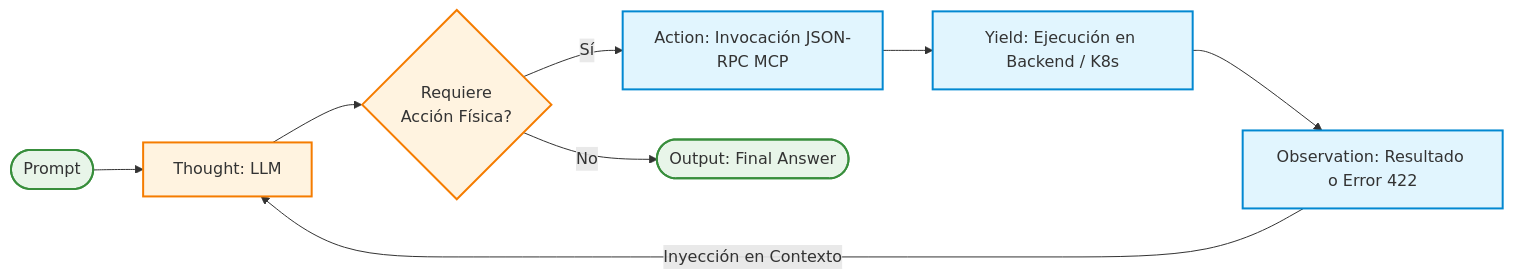
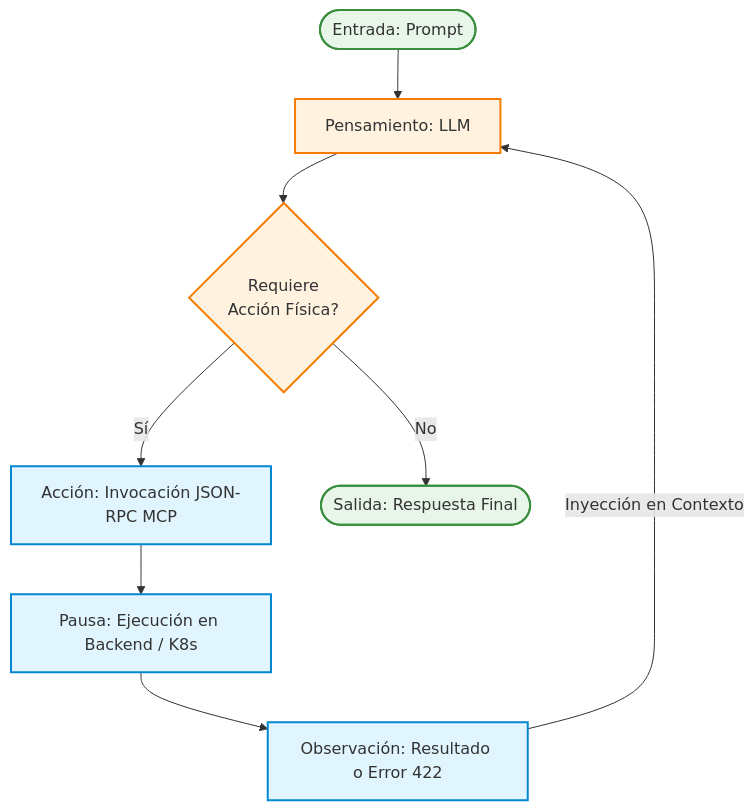
Before and after one commit to JesusSolisOrtega/agentic-deployer: the second of 2 diagrams in memoria/5_Agente_y_MCP.md, drawn with Mermaid. The commit also changed other lines of this file and 16 other files, not shown here.

Commit message:
docs: ajustes finales en diagramas y abstract

````diff
--- a/memoria/5_Agente_y_MCP.md
+++ b/memoria/5_Agente_y_MCP.md
@@ -233,20 +235,20 @@
 ```mermaid
-flowchart LR
-  A([Prompt]) --> B[Thought: LLM]
+flowchart TD
+  A([Entrada: Prompt]) --> B[Pensamiento: LLM]
   B --> C{Requiere\nAcción Física?}
-  C -->|Sí| D[Action: Invocación JSON-RPC MCP]
-  C -->|No| G([Output: Final Answer])
+  C -->|Sí| D[Acción: Invocación JSON-RPC MCP]
+  C -->|No| G([Salida: Respuesta Final])
   
-  D --> E[Yield: Ejecución en Backend / K8s]
-  E --> F[Observation: Resultado o Error 422]
+  D --> E[Pausa: Ejecución en Backend / K8s]
+  E --> F[Observación: Resultado o Error 422]
   
   F -->|Inyección en Contexto| B
   
   classDef llm fill:#fff3e0,stroke:#f57c00,stroke-width:2px;
   classDef phys fill:#e1f5fe,stroke:#0288d1,stroke-width:2px;
   classDef term fill:#e8f5e9,stroke:#388e3c,stroke-width:2px;
   
   class B,C llm;
   class D,E,F phys;
   class A,G term;
 ```
````
